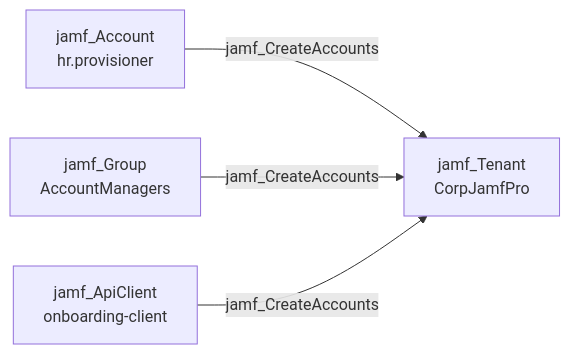
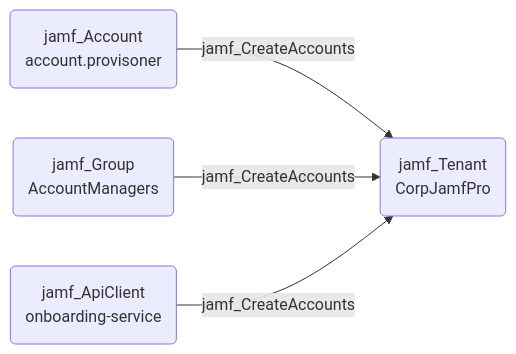
One commit to SpecterOps/bloodhound-docs changed the diagram in docs/opengraph/extensions/jamfhound/reference/edges/jamf_createaccounts.mdx. Above: the diagram before and after it, drawn with Mermaid. The commit also changed 33 other files, not shown here.

Commit message:
Updated documentation with revised mermaid diagrams

````diff
--- a/docs/opengraph/extensions/jamfhound/reference/edges/jamf_createaccounts.mdx
+++ b/docs/opengraph/extensions/jamfhound/reference/edges/jamf_createaccounts.mdx
@@ -18,6 +18,14 @@
 ```mermaid
 graph LR
-    A["jamf_Account\nhr.provisioner"] -->|jamf_CreateAccounts| B["jamf_Tenant\nCorpJamfPro"]
-    C["jamf_Group\nAccountManagers"] -->|jamf_CreateAccounts| B
-    D["jamf_ApiClient\nonboarding-client"] -->|jamf_CreateAccounts| B
+    A("jamf_Account
+account.provisoner")
+    B("jamf_Tenant
+CorpJamfPro")
+    C("jamf_Group
+AccountManagers")
+    D("jamf_ApiClient
+onboarding-service")
+    A -- jamf_CreateAccounts --> B
+    C -- jamf_CreateAccounts --> B
+    D -- jamf_CreateAccounts --> B
 ```
````
